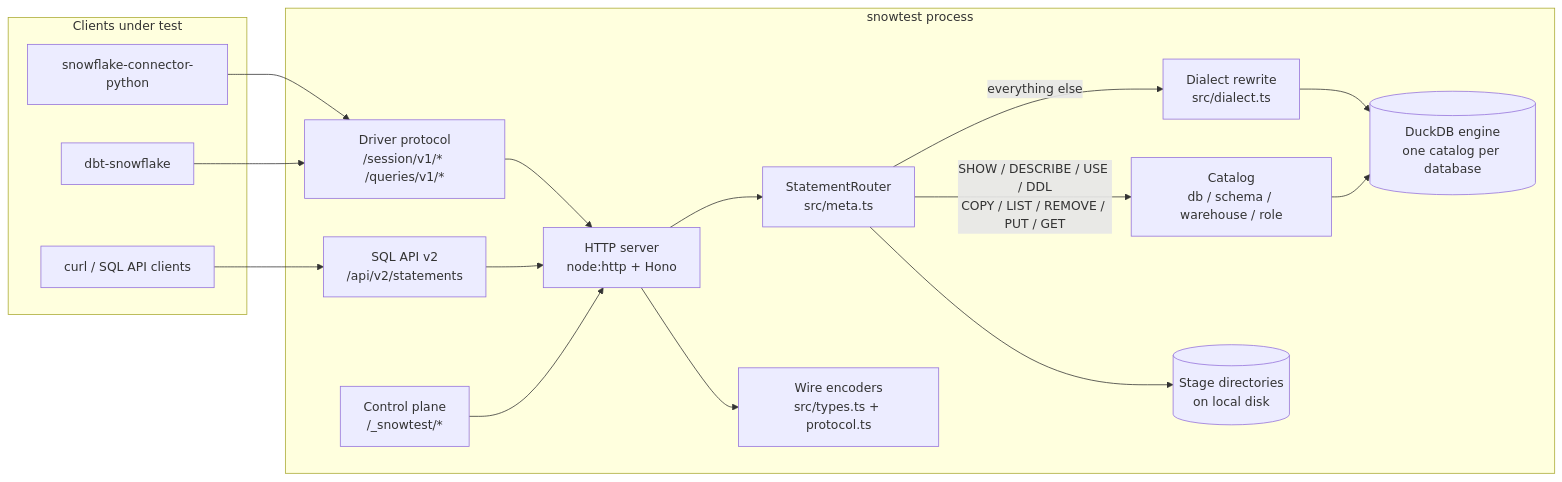
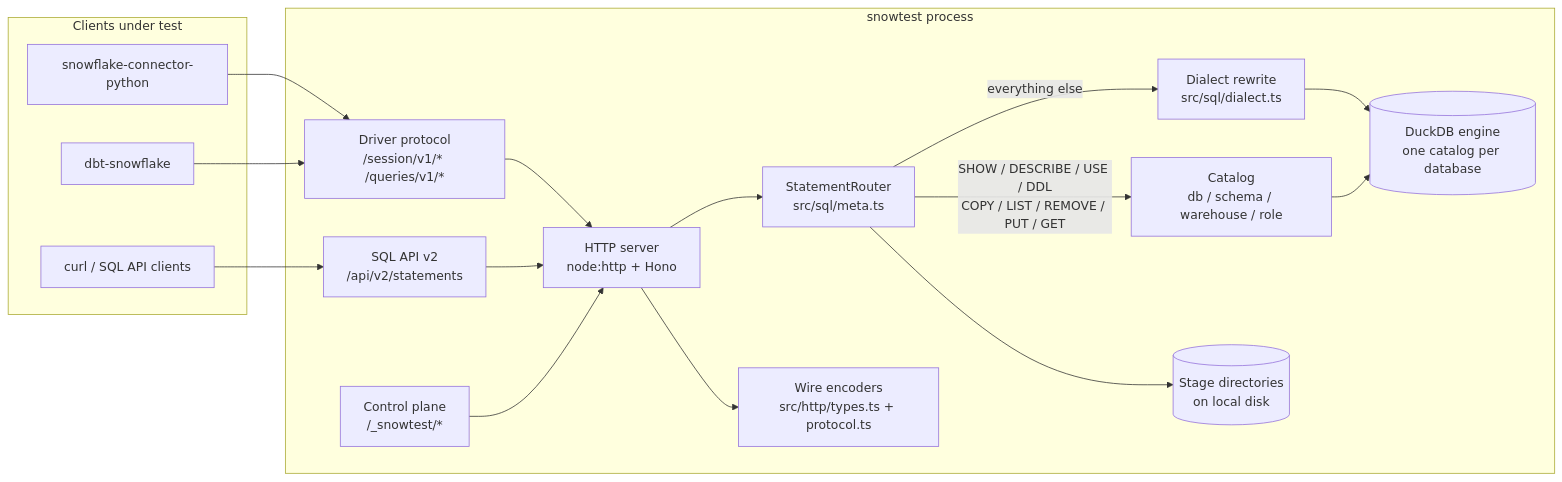
One commit to sri369c/SnowTest changed the first of 6 diagrams in docs/design.md. Above: the diagram before and after it, drawn with Mermaid. The commit also changed other lines of this file and 31 other files, not shown here.

````diff
--- a/docs/design.md
+++ b/docs/design.md
@@ -38,35 +38,35 @@
 ```mermaid
 flowchart LR
   subgraph clients[Clients under test]
     PY["snowflake-connector-python"]
     DBT["dbt-snowflake"]
     RAW["curl / SQL API clients"]
   end
 
   subgraph snowtest[snowtest process]
     S["HTTP server<br/>node:http + Hono"]
     D["Driver protocol<br/>/session/v1/* /queries/v1/*"]
     A["SQL API v2<br/>/api/v2/statements"]
     C["Control plane<br/>/_snowtest/*"]
-    R["StatementRouter<br/>src/meta.ts"]
-    X["Dialect rewrite<br/>src/dialect.ts"]
+    R["StatementRouter<br/>src/sql/meta.ts"]
+    X["Dialect rewrite<br/>src/sql/dialect.ts"]
     E[("DuckDB engine<br/>one catalog per database")]
     CAT["Catalog<br/>db / schema / warehouse / role"]
     FS[("Stage directories<br/>on local disk")]
-    ENC["Wire encoders<br/>src/types.ts + protocol.ts"]
+    ENC["Wire encoders<br/>src/http/types.ts + protocol.ts"]
   end
 
   PY --> D
   DBT --> D
   RAW --> A
   D --> S
   A --> S
   C --> S
   S --> ENC
   S --> R
   R -->|"SHOW / DESCRIBE / USE / DDL<br/>COPY / LIST / REMOVE / PUT / GET"| CAT
   R --> FS
   R -->|"everything else"| X
   X --> E
   CAT --> E
 ```
````
